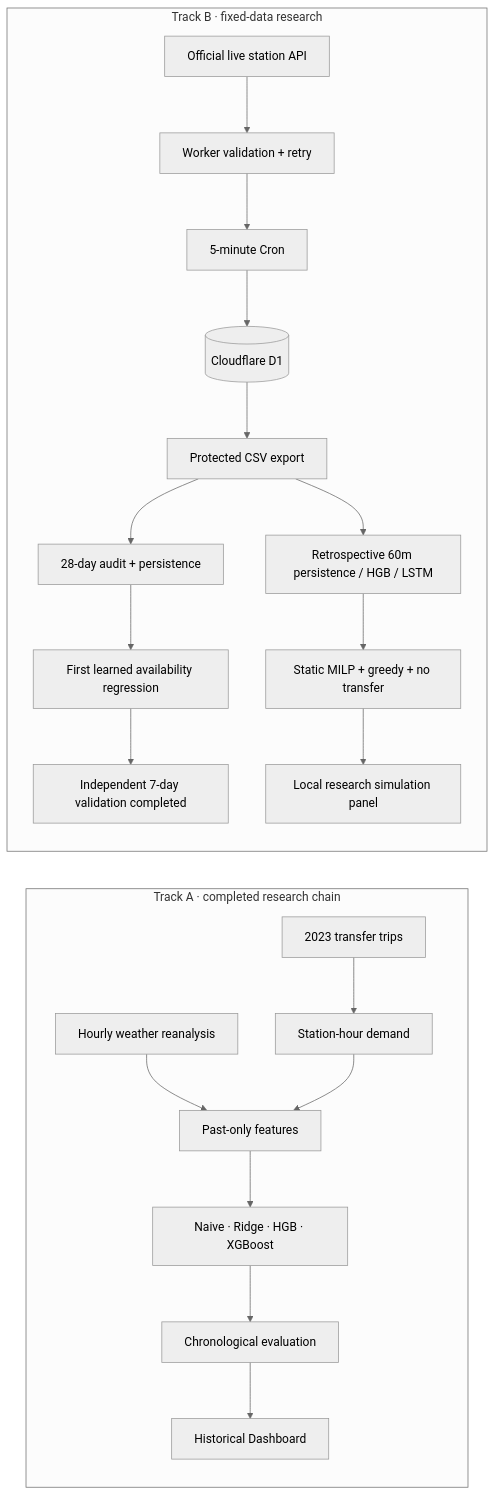
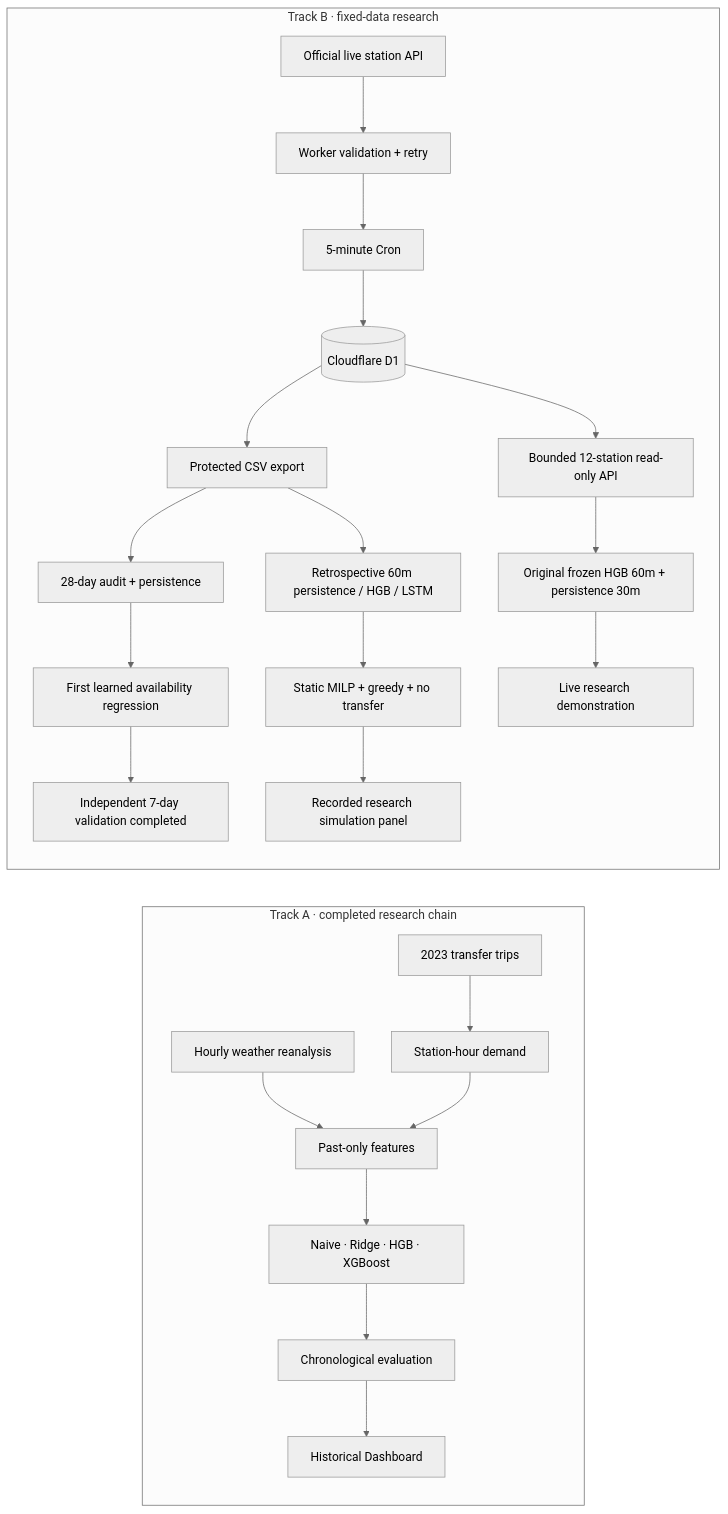
The diagram in README.md (mieuxwei/youbike-demand-prediction), drawn with Mermaid (neutral theme) before and after one commit. The commit also changed other lines of this file and 25 other files, not shown here.

Commit message:
feat: publish bounded live availability demonstration

````diff
--- a/README.md
+++ b/README.md
@@ -151,23 +154,26 @@
 ```mermaid
 flowchart LR
   subgraph A[Track A · completed research chain]
     A1[2023 transfer trips] --> A2[Station-hour demand]
     A3[Hourly weather reanalysis] --> A4[Past-only features]
     A2 --> A4 --> A5[Naive · Ridge · HGB · XGBoost]
     A5 --> A6[Chronological evaluation]
     A6 --> A7[Historical Dashboard]
   end
 
   subgraph B[Track B · fixed-data research]
     B1[Official live station API] --> B2[Worker validation + retry]
     B2 --> B3[5-minute Cron]
     B3 --> B4[(Cloudflare D1)]
     B4 --> B5[Protected CSV export]
     B5 --> B6[28-day audit + persistence]
     B6 --> B7[First learned availability regression]
     B7 --> B8[Independent 7-day validation completed]
     B5 --> B9[Retrospective 60m persistence / HGB / LSTM]
     B9 --> B10[Static MILP + greedy + no transfer]
-    B10 --> B11[Local research simulation panel]
+    B10 --> B11[Recorded research simulation panel]
+    B4 --> B12[Bounded 12-station read-only API]
+    B12 --> B13[Original frozen HGB 60m + persistence 30m]
+    B13 --> B14[Live research demonstration]
   end
 ```
````
